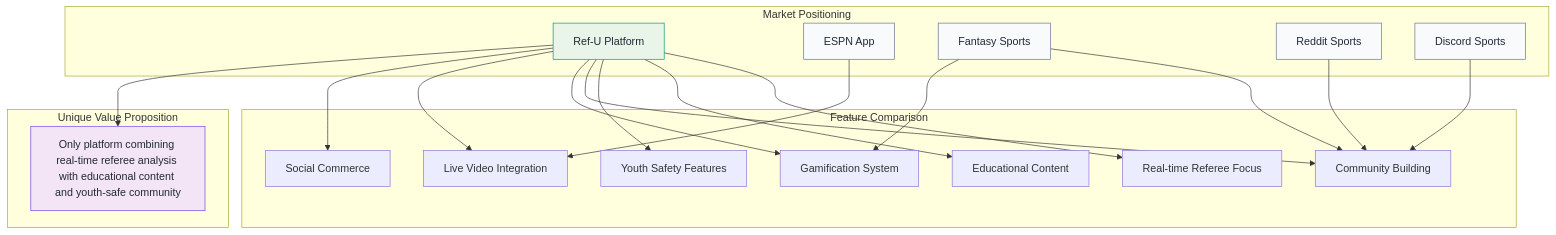
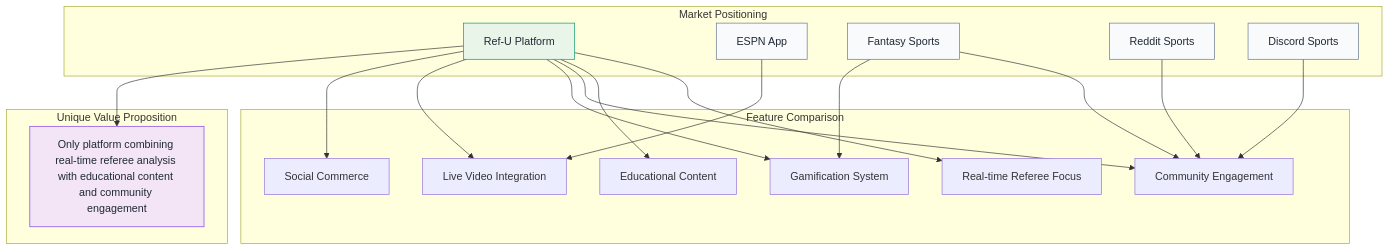
One commit to SkaFld-Ignite/ref-u-wireframes changed the seventh of 9 diagrams in docs/investor-flows.md. Above: the diagram before and after it, drawn with Mermaid. The commit also changed other lines of this file, not shown here.

Commit message:
Add comprehensive citations and realistic statistics to investor flows

````diff
--- a/docs/investor-flows.md
+++ b/docs/investor-flows.md
@@ -287,47 +331,45 @@
 ```mermaid
 graph TB
     subgraph "Market Positioning"
         A[Ref-U Platform]
         B[ESPN App]
         C[Fantasy Sports]
         D[Reddit Sports]
         E[Discord Sports]
     end
     
     subgraph "Feature Comparison"
         F1[Real-time Referee Focus]
         F2[Educational Content]
-        F3[Youth Safety Features]
-        F4[Community Building]
-        F5[Gamification System]
-        F6[Live Video Integration]
-        F7[Social Commerce]
+        F3[Community Engagement]
+        F4[Gamification System]
+        F5[Live Video Integration]
+        F6[Social Commerce]
     end
     
     A --> F1
     A --> F2
     A --> F3
     A --> F4
     A --> F5
     A --> F6
-    A --> F7
     
-    B --> F6
+    B --> F5
+    C --> F3
     C --> F4
-    C --> F5
-    D --> F4
-    E --> F4
+    D --> F3
+    E --> F3
     
     subgraph "Unique Value Proposition"
-        G[Only platform combining real-time referee analysis with educational content and youth-safe community]
+        G[Only platform combining real-time referee analysis with educational content and community engagement]
     end
     
     A --> G
     
     style A fill:#e8f5e8,stroke:#059669,color:#1f2937
     style B fill:#f8fafc,stroke:#64748b,color:#1f2937
     style C fill:#f8fafc,stroke:#64748b,color:#1f2937
     style D fill:#f8fafc,stroke:#64748b,color:#1f2937
     style E fill:#f8fafc,stroke:#64748b,color:#1f2937
     style G fill:#f3e5f5,stroke:#7c3aed,color:#1f2937
 ```
````
